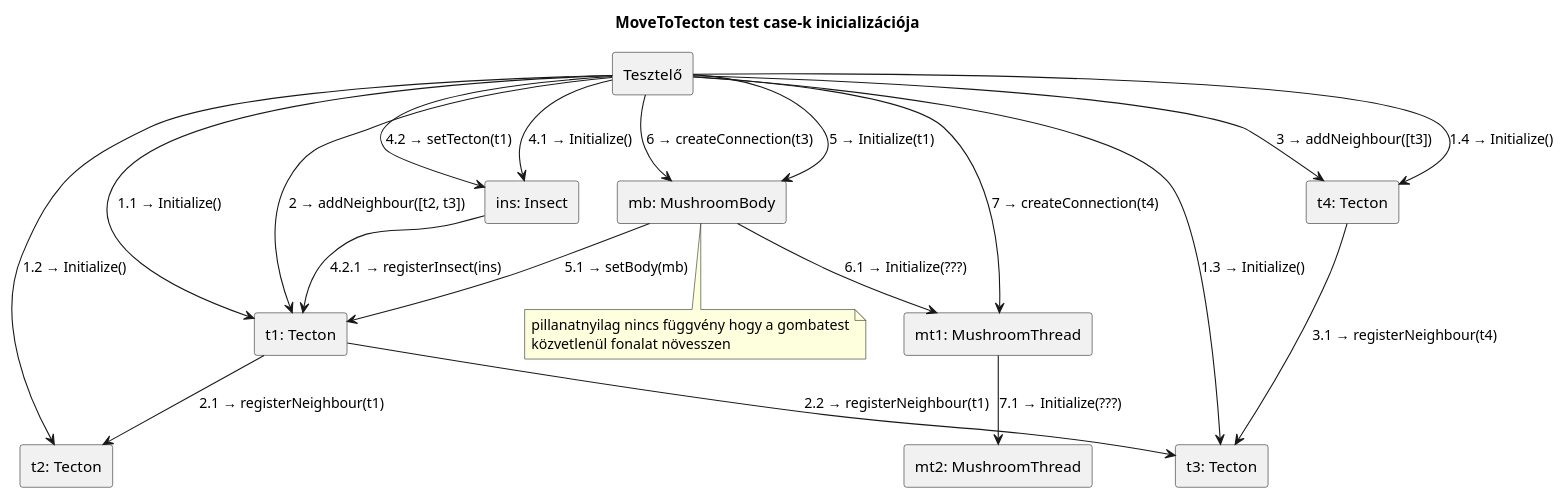
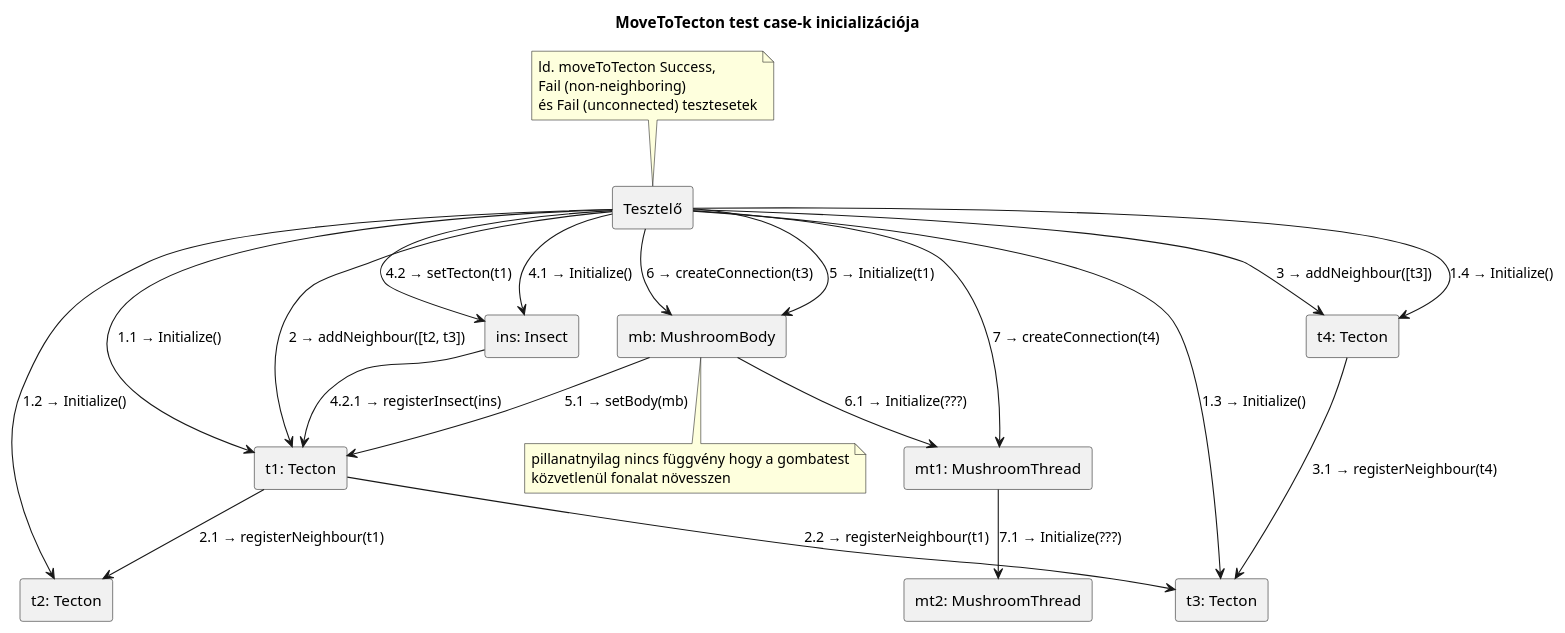
Before and after one commit to dzsem/projlab: the diagram in diagrams/test-sequence/insect/moveToTectonInit.plantuml, drawn with PlantUML. The commit also changed 5 other files, not shown here.

```diff
--- a/diagrams/test-sequence/insect/moveToTectonInit.plantuml
+++ b/diagrams/test-sequence/insect/moveToTectonInit.plantuml
@@ -1,44 +1,46 @@
 @startuml moveToTectonInit
 
 title MoveToTecton test case-k inicializációja
 skinparam linestyle ortho
 
 rectangle "Tesztelő" as tester
+note top: ld. moveToTecton Success,\nFail (non-neighboring)\nés Fail (unconnected) tesztesetek
+
 rectangle "t1: Tecton" as t1
 rectangle "t2: Tecton" as t2
 rectangle "t3: Tecton" as t3
 rectangle "t4: Tecton" as t4
 rectangle "ins: Insect" as ins
 
 rectangle "mb: MushroomBody" as mb
 note bottom: pillanatnyilag nincs függvény hogy a gombatest\nközvetlenül fonalat növesszen
 
 rectangle "mt1: MushroomThread" as mt1
 rectangle "mt2: MushroomThread" as mt2
 
 tester --> t1: 1.1 → Initialize()
 tester --> t2: 1.2 → Initialize()
 tester --> t3: 1.3 → Initialize()
 tester --> t4: 1.4 → Initialize()
 
 tester --> t1: 2 → addNeighbour([t2, t3])
 t1 --> t2: 2.1 → registerNeighbour(t1)
 t1 --> t3: 2.2 → registerNeighbour(t1)
 
 tester --> t4: 3 → addNeighbour([t3])
 t4 --> t3: 3.1 → registerNeighbour(t4)
 
 tester --> ins: 4.1 → Initialize()
 tester --> ins: 4.2 → setTecton(t1)
 ins --> t1: 4.2.1 → registerInsect(ins)
 
 tester --> mb: 5 → Initialize(t1)
 mb --> t1: 5.1 → setBody(mb)
 
 tester --> mb: 6 → createConnection(t3)
 mb --> mt1: 6.1 → Initialize(???)
 
 tester --> mt1: 7 → createConnection(t4)
 mt1 --> mt2: 7.1 → Initialize(???)
 
 @enduml
```
